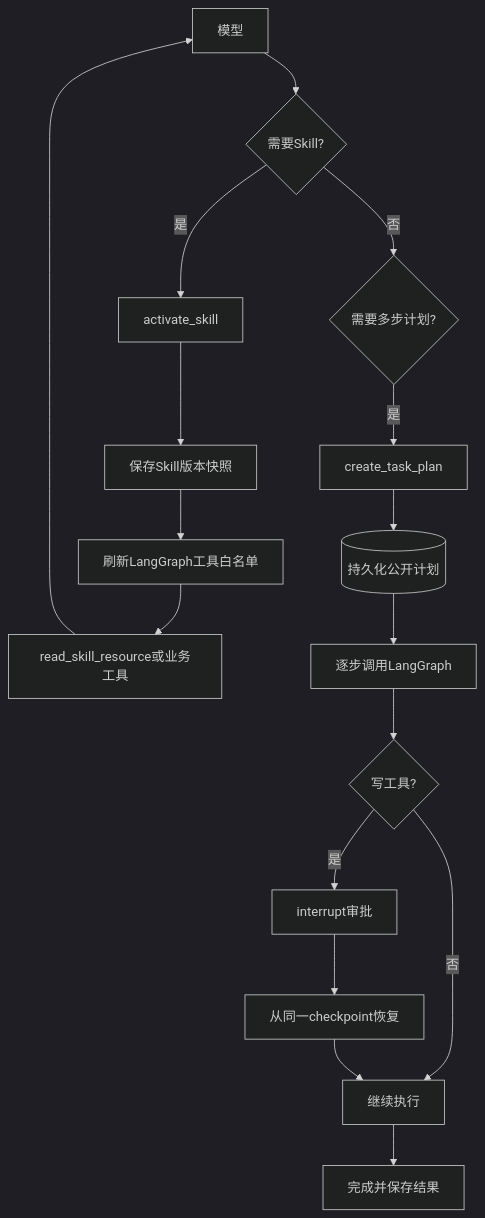
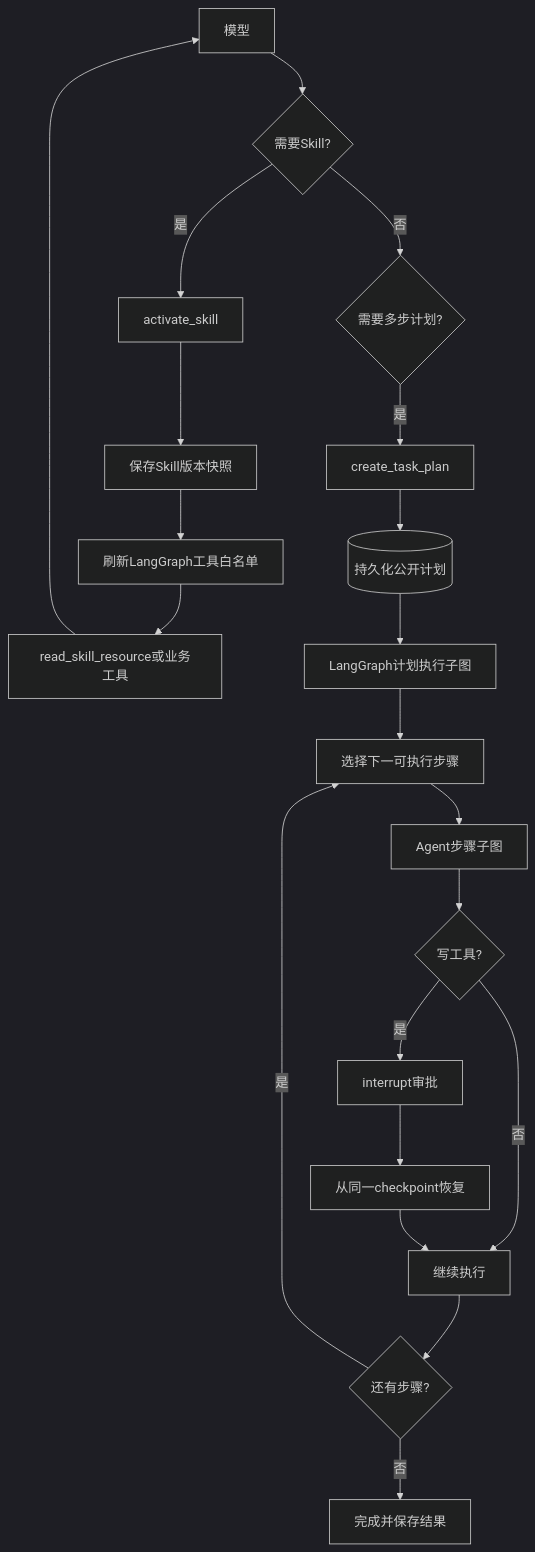
The diagram in docs/langgraph-skills-and-planning.md (cs-xdu-dev-001/AgentLens), drawn with Mermaid (dark theme) before and after one commit. The commit also changed other lines of this file and 3 other files, not shown here.

````diff
--- a/docs/langgraph-skills-and-planning.md
+++ b/docs/langgraph-skills-and-planning.md
@@ -5,19 +5,23 @@
 ```mermaid
 flowchart TD
     A[模型] --> B{需要Skill?}
     B -- 是 --> C[activate_skill]
     C --> D[保存Skill版本快照]
     D --> E[刷新LangGraph工具白名单]
     E --> F[read_skill_resource或业务工具]
     B -- 否 --> G{需要多步计划?}
     G -- 是 --> H[create_task_plan]
     H --> I[(持久化公开计划)]
-    I --> J[逐步调用LangGraph]
-    J --> K{写工具?}
+    I --> J[LangGraph计划执行子图]
+    J --> P[选择下一可执行步骤]
+    P --> Q[Agent步骤子图]
+    Q --> K{写工具?}
     K -- 是 --> L[interrupt审批]
     L --> M[从同一checkpoint恢复]
     K -- 否 --> N[继续执行]
     M --> N
     F --> A
-    N --> O[完成并保存结果]
+    N --> R{还有步骤?}
+    R -- 是 --> P
+    R -- 否 --> O[完成并保存结果]
 ```
````
